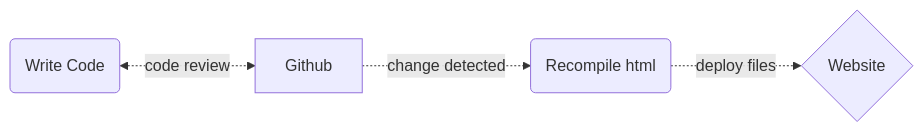
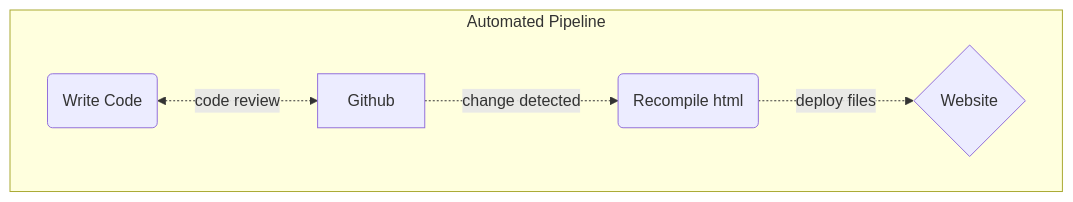
One commit to GABurns/Presentations changed the first of 2 diagrams in Automated Code Build/WebsiteCodeBuild.qmd. Above: the diagram before and after it, drawn with Mermaid. The commit also changed other lines of this file, not shown here.

Commit message:
docs(Presentation): CodeBuild Presentation

````diff
--- a/Automated Code Build/WebsiteCodeBuild.qmd
+++ b/Automated Code Build/WebsiteCodeBuild.qmd
@@ -119,6 +121,12 @@
 ```{mermaid}
+%%| fig-align: center
 flowchart LR
-  A(Write Code)<-. code review .-> B[Github]
-  B -. change detected .-> C(Recompile html)
-  C -. deploy files .-> D{Website}
+    subgraph Automated Pipeline
+      direction LR
+      A(Write Code)<-. code review .-> B[Github]
+      B -. change detected .-> C(Recompile html)
+      C -. deploy files .-> D{Website}
+      click B href "https://github.com/GABurns/ExploristicsTheme" _blank
+      click D href "http://exploristic.theme.s3-website-eu-west-1.amazonaws.com/index.html" _blank
+    end
 ```
````
